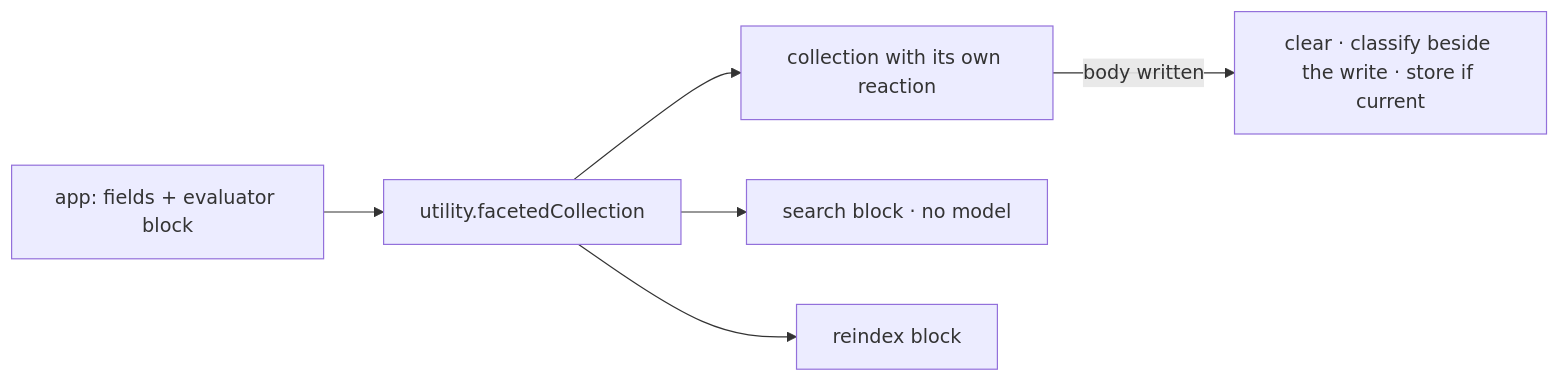
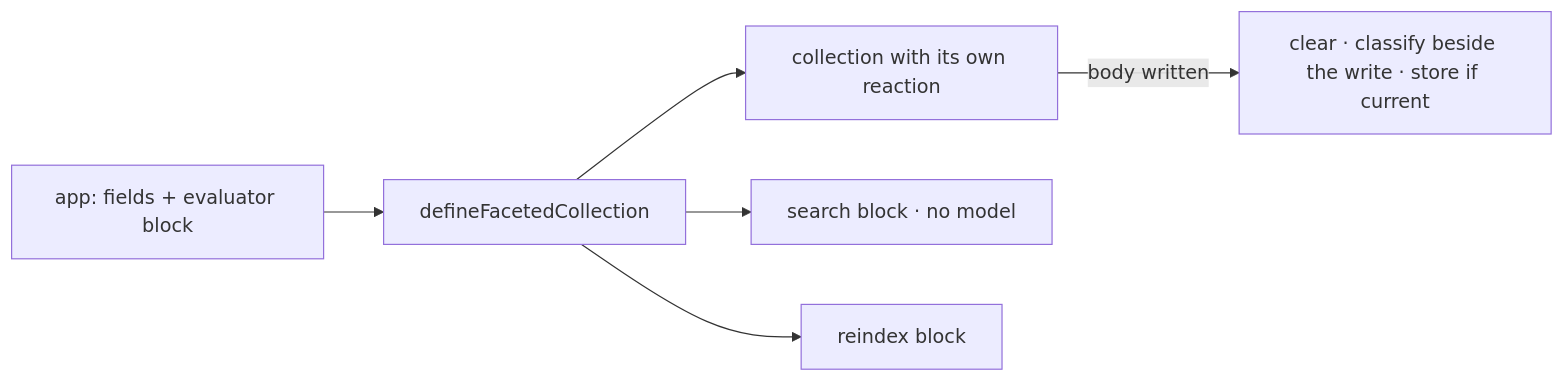
The diagram in specs/issues/FIX-1583/SPEC.md (fixpoint-labs/flow-state-dev), drawn with Mermaid before and after one commit. The commit also changed other lines of this file and 5 other files, not shown here.

````diff
--- a/specs/issues/FIX-1583/SPEC.md
+++ b/specs/issues/FIX-1583/SPEC.md
@@ -65,8 +65,8 @@
 ```mermaid
 flowchart LR
-  A["app: fields + evaluator block"] --> U["utility.facetedCollection"]
+  A["app: fields + evaluator block"] --> U["defineFacetedCollection"]
   U --> C["collection with its own reaction"]
   U --> S["search block · no model"]
   U --> R["reindex block"]
   C -->|"body written"| X["clear · classify beside the write · store if current"]
 ```
````
